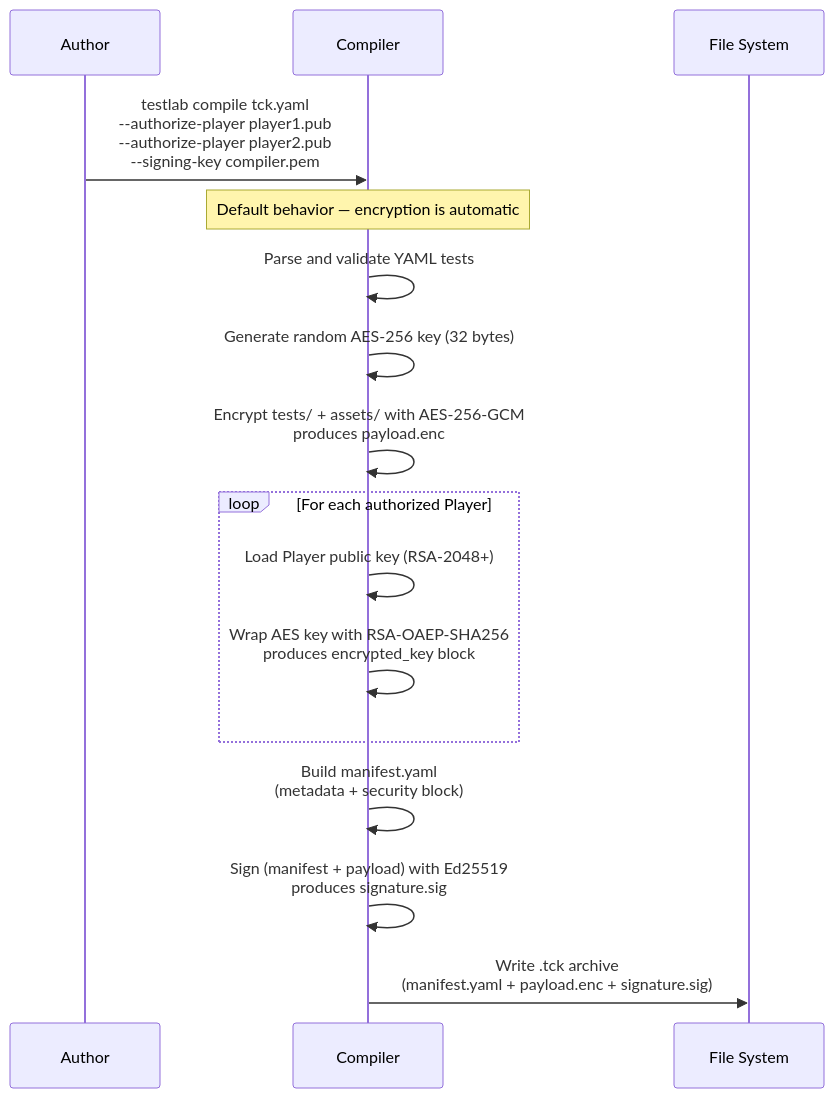
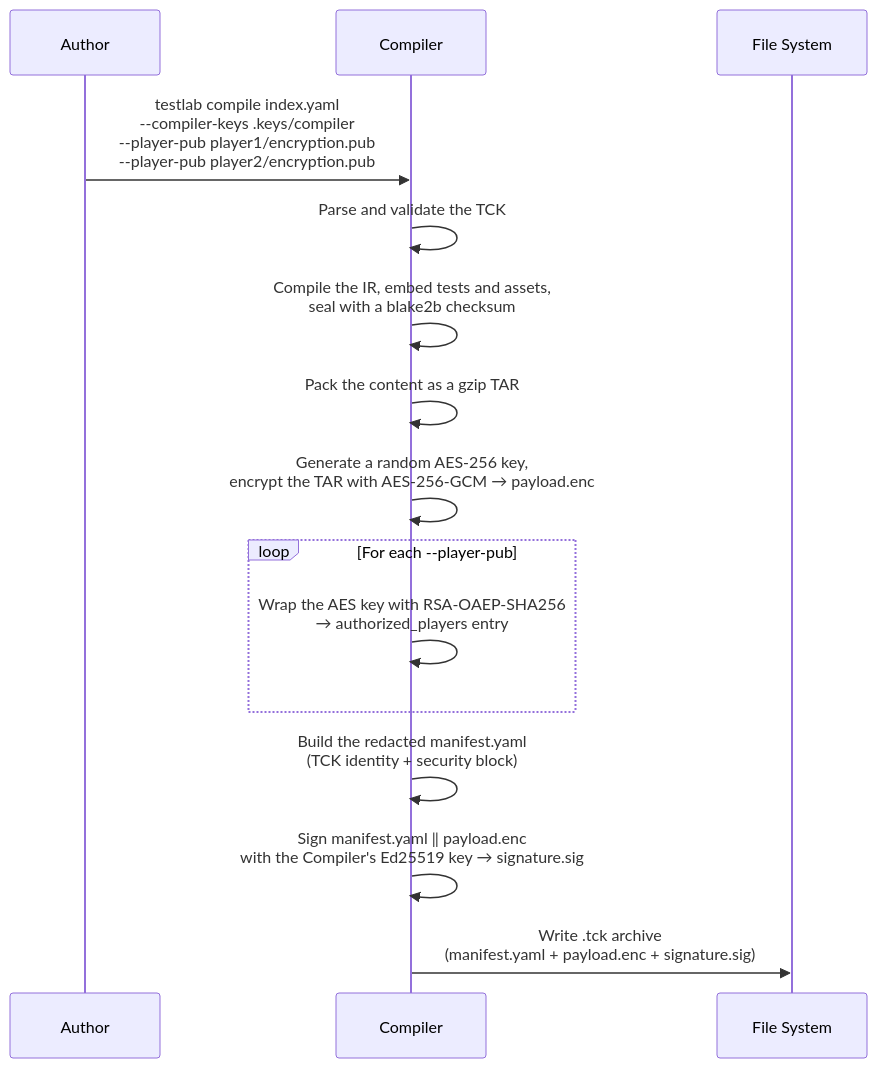
One commit to eclipse-tractusx/tractusx-testlab changed the first of 2 diagrams in docs/specification/specification/security.md. Above: the diagram before and after it, drawn with Mermaid. The commit also changed other lines of this file and 155 other files, not shown here.

````diff
--- a/docs/specification/specification/security.md
+++ b/docs/specification/specification/security.md
@@ -75,23 +77,21 @@
 ```mermaid
 sequenceDiagram
     participant A as Author
     participant C as Compiler
     participant FS as File System
 
-    A->>C: testlab compile tck.yaml<br/>--authorize-player player1.pub<br/>--authorize-player player2.pub<br/>--signing-key compiler.pem
+    A->>C: testlab compile index.yaml<br/>--compiler-keys .keys/compiler<br/>--player-pub player1/encryption.pub<br/>--player-pub player2/encryption.pub
 
-    Note over C: Default behavior — encryption is automatic
+    C->>C: Parse and validate the TCK
+    C->>C: Compile the IR, embed tests and assets,<br/>seal with a blake2b checksum
+    C->>C: Pack the content as a gzip TAR
+    C->>C: Generate a random AES-256 key,<br/>encrypt the TAR with AES-256-GCM → payload.enc
 
-    C->>C: Parse and validate YAML tests
-    C->>C: Generate random AES-256 key (32 bytes)
-    C->>C: Encrypt tests/ + assets/ with AES-256-GCM<br/>produces payload.enc
-
-    loop For each authorized Player
-        C->>C: Load Player public key (RSA-2048+)
-        C->>C: Wrap AES key with RSA-OAEP-SHA256<br/>produces encrypted_key block
+    loop For each --player-pub
+        C->>C: Wrap the AES key with RSA-OAEP-SHA256<br/>→ authorized_players entry
     end
 
-    C->>C: Build manifest.yaml<br/>(metadata + security block)
-    C->>C: Sign (manifest + payload) with Ed25519<br/>produces signature.sig
+    C->>C: Build the redacted manifest.yaml<br/>(TCK identity + security block)
+    C->>C: Sign manifest.yaml ‖ payload.enc<br/>with the Compiler's Ed25519 key → signature.sig
     C->>FS: Write .tck archive<br/>(manifest.yaml + payload.enc + signature.sig)
 ```
````
